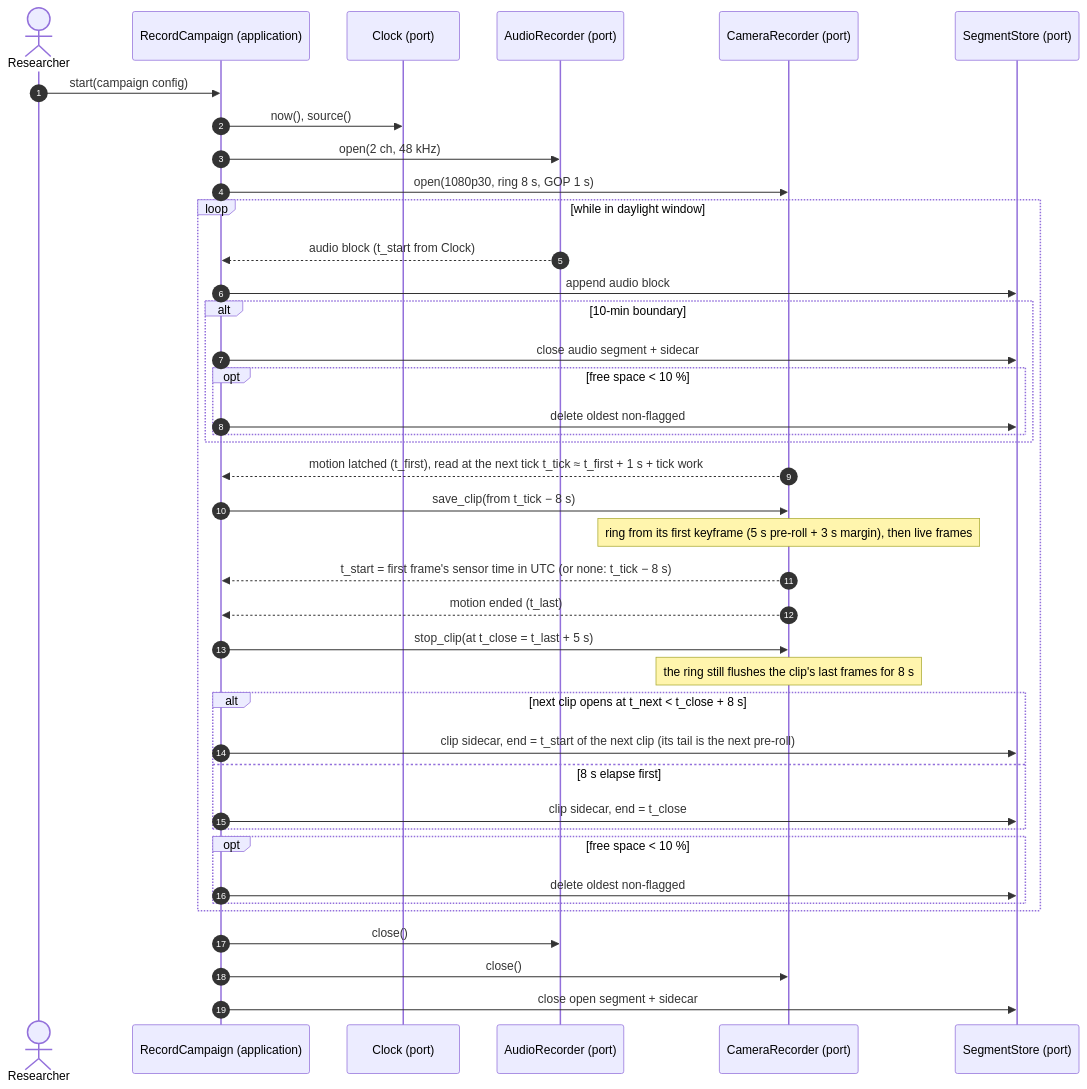
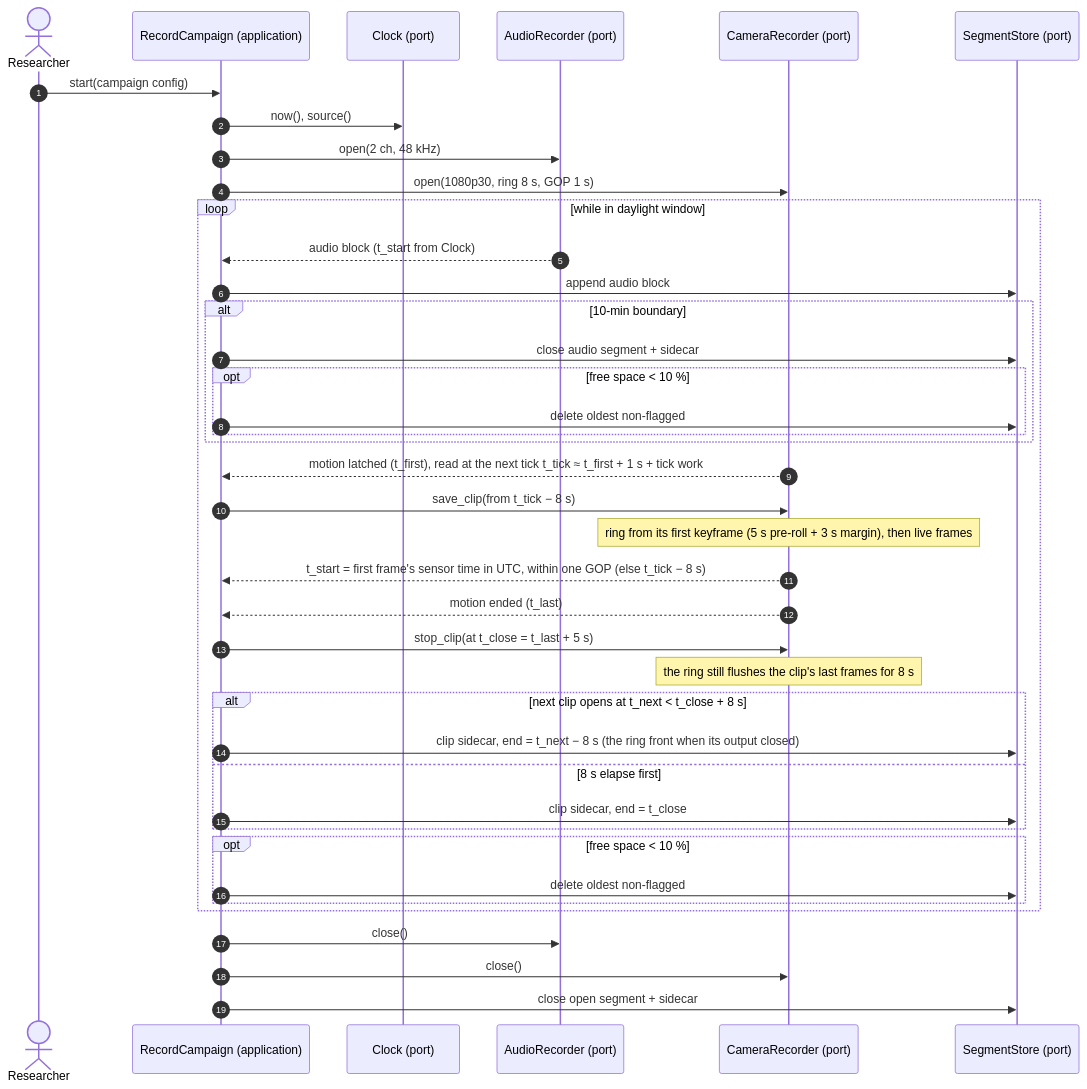
One commit to benoit-bremaud/aristech changed the diagram in docs/architecture/diagrams/capture-rig/02-sequence-recording.md. Above: the diagram before and after it, drawn with Mermaid. The commit also changed other lines of this file and 6 other files, not shown here.

First line of the commit message:
fix(capture): wait one GOP for the first frame and keep the old clip end at the ring front

````diff
--- a/docs/architecture/diagrams/capture-rig/02-sequence-recording.md
+++ b/docs/architecture/diagrams/capture-rig/02-sequence-recording.md
@@ -14,43 +15,43 @@
 ```mermaid
 sequenceDiagram
     autonumber
     actor R as Researcher
     participant UC as RecordCampaign (application)
     participant CK as Clock (port)
     participant AU as AudioRecorder (port)
     participant CA as CameraRecorder (port)
     participant ST as SegmentStore (port)
 
     R->>UC: start(campaign config)
     UC->>CK: now(), source()
     UC->>AU: open(2 ch, 48 kHz)
     UC->>CA: open(1080p30, ring 8 s, GOP 1 s)
     loop while in daylight window
         AU-->>UC: audio block (t_start from Clock)
         UC->>ST: append audio block
         alt 10-min boundary
             UC->>ST: close audio segment + sidecar
             opt free space < 10 %
                 UC->>ST: delete oldest non-flagged
             end
         end
         CA-->>UC: motion latched (t_first), read at the next tick t_tick ≈ t_first + 1 s + tick work
         UC->>CA: save_clip(from t_tick − 8 s)
         Note over CA: ring from its first keyframe (5 s pre-roll + 3 s margin), then live frames
-        CA-->>UC: t_start = first frame's sensor time in UTC (or none: t_tick − 8 s)
+        CA-->>UC: t_start = first frame's sensor time in UTC, within one GOP (else t_tick − 8 s)
         CA-->>UC: motion ended (t_last)
         UC->>CA: stop_clip(at t_close = t_last + 5 s)
         Note over CA: the ring still flushes the clip's last frames for 8 s
         alt next clip opens at t_next < t_close + 8 s
-            UC->>ST: clip sidecar, end = t_start of the next clip (its tail is the next pre-roll)
+            UC->>ST: clip sidecar, end = t_next − 8 s (the ring front when its output closed)
         else 8 s elapse first
             UC->>ST: clip sidecar, end = t_close
         end
         opt free space < 10 %
             UC->>ST: delete oldest non-flagged
         end
     end
     UC->>AU: close()
     UC->>CA: close()
     UC->>ST: close open segment + sidecar
 ```
````
